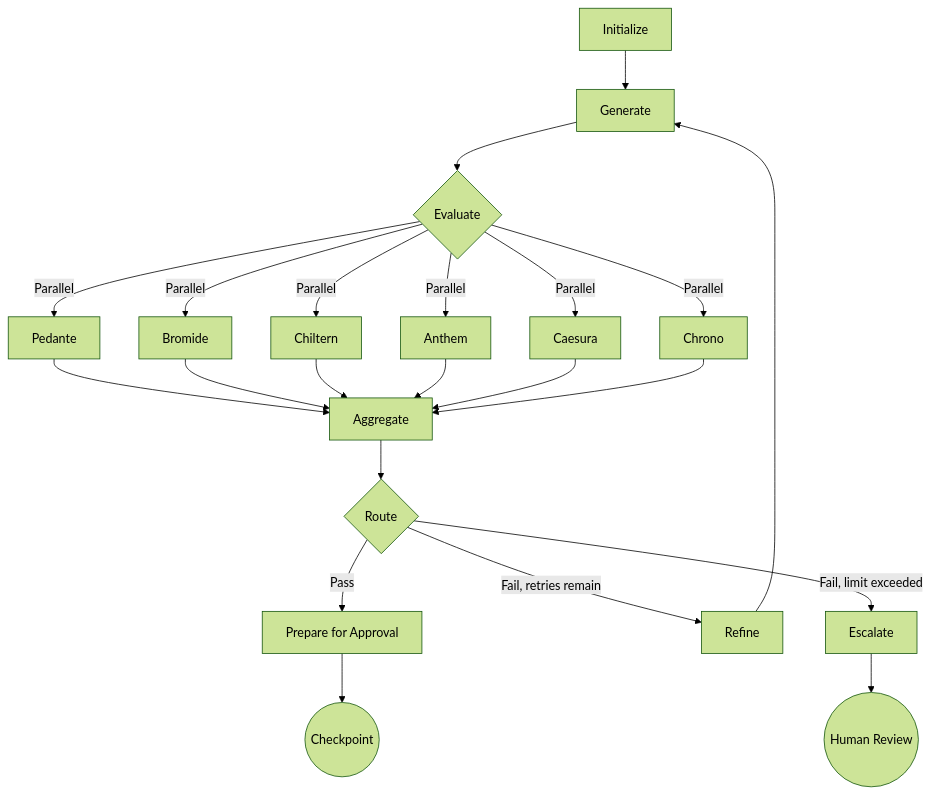
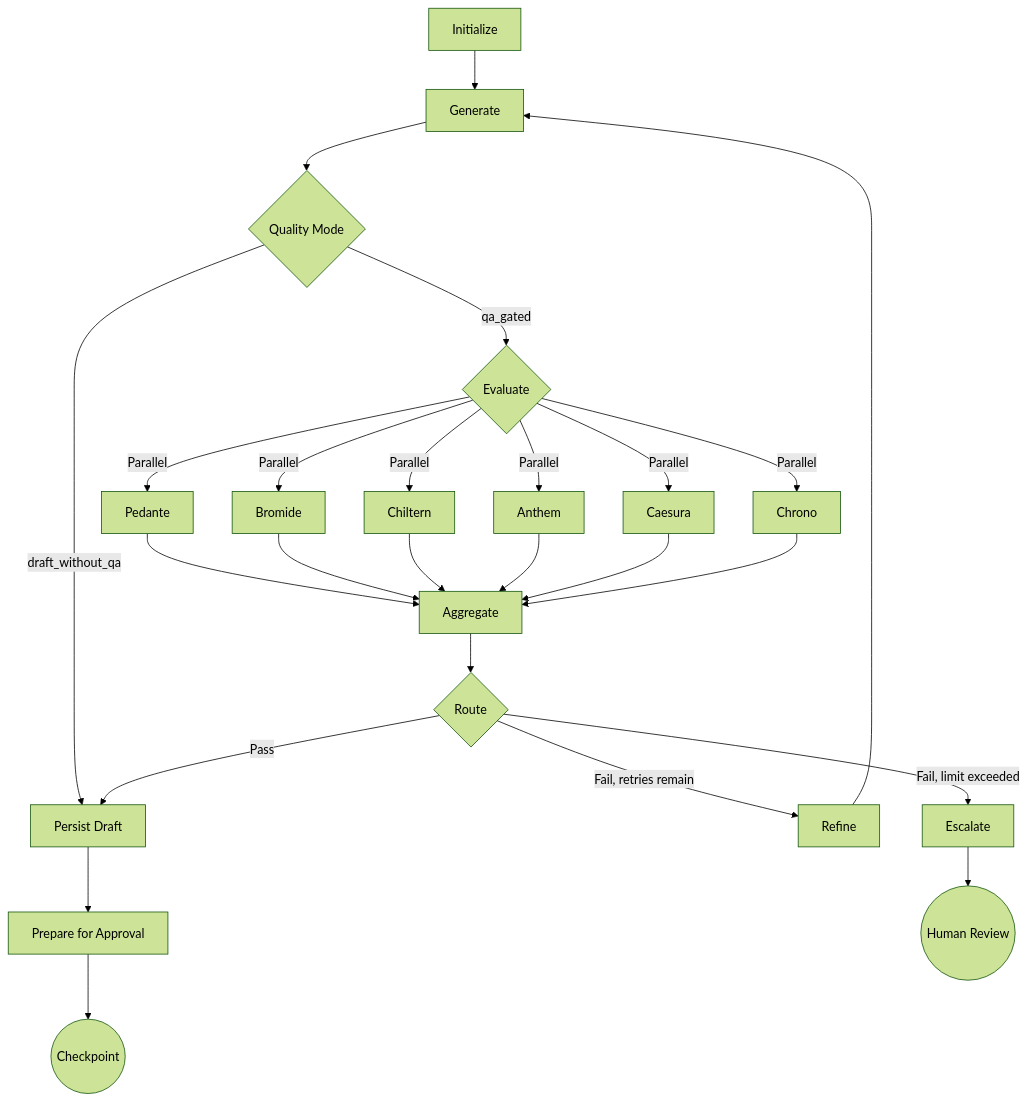
Before and after one commit to leynos/episodic: the fifth of 16 diagrams in docs/episodic-podcast-generation-system-design.md, drawn with Mermaid (forest theme). The commit also changed other lines of this file and 5 other files, not shown here.

````diff
--- a/docs/episodic-podcast-generation-system-design.md
+++ b/docs/episodic-podcast-generation-system-design.md
@@ -675,24 +687,27 @@
 ```mermaid
 flowchart TD
     A[Initialize] --> B[Generate]
-    B --> C{Evaluate}
-    C -->|Parallel| D1[Pedante]
-    C -->|Parallel| D2[Bromide]
-    C -->|Parallel| D3[Chiltern]
-    C -->|Parallel| D4[Anthem]
-    C -->|Parallel| D5[Caesura]
-    C -->|Parallel| D6[Chrono]
+    B --> C{Quality Mode}
+    C -->|draft_without_qa| P[Persist Draft]
+    C -->|qa_gated| Q{Evaluate}
+    Q -->|Parallel| D1[Pedante]
+    Q -->|Parallel| D2[Bromide]
+    Q -->|Parallel| D3[Chiltern]
+    Q -->|Parallel| D4[Anthem]
+    Q -->|Parallel| D5[Caesura]
+    Q -->|Parallel| D6[Chrono]
     D1 --> E[Aggregate]
     D2 --> E
     D3 --> E
     D4 --> E
     D5 --> E
     D6 --> E
     E --> F{Route}
-    F -->|Pass| G[Prepare for Approval]
+    F -->|Pass| P
     F -->|Fail, retries remain| H[Refine]
     F -->|Fail, limit exceeded| I[Escalate]
     H --> B
+    P --> G[Prepare for Approval]
     G --> J((Checkpoint))
     I --> K((Human Review))
 ```
````
